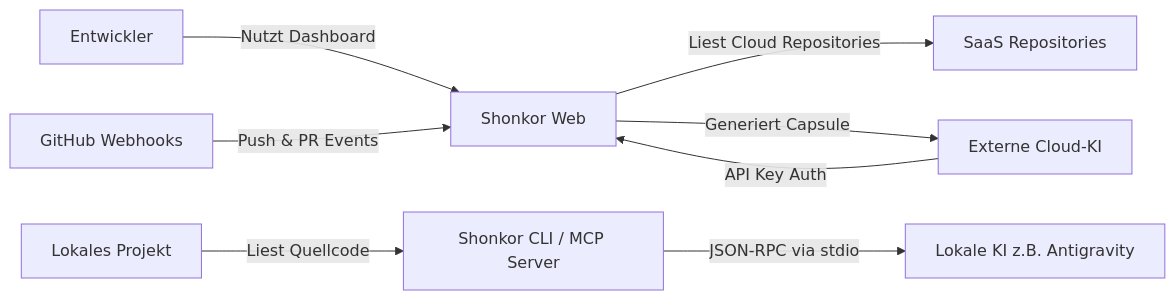
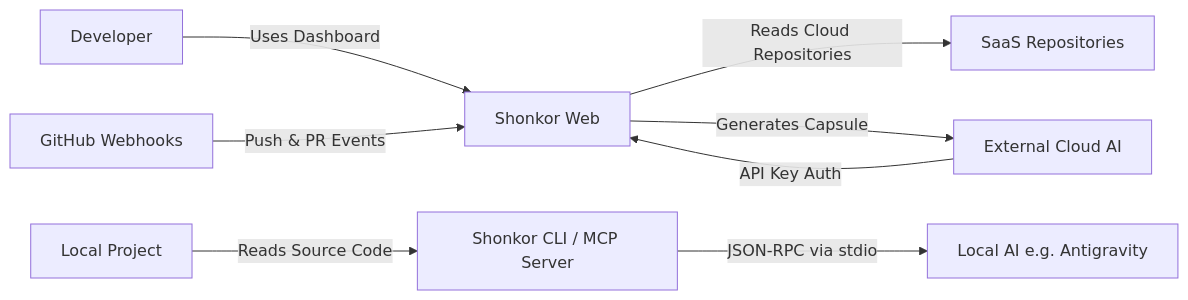
One commit to MrNedimBoztepe/Shonkor changed the diagram in docs/developer/arc42/03_system_scope_and_context.md. Above: the diagram before and after it, drawn with Mermaid. The commit also changed other lines of this file and 29 other files, not shown here.

````diff
--- a/docs/developer/arc42/03_system_scope_and_context.md
+++ b/docs/developer/arc42/03_system_scope_and_context.md
@@ -11,13 +11,13 @@
 ```mermaid
 graph LR
-    Dev[Entwickler] -->|Nutzt Dashboard| Web[Shonkor Web]
+    Dev[Developer] -->|Uses Dashboard| Web[Shonkor Web]
     
-    Workspace[Lokales Projekt] -->|Liest Quellcode| CLI[Shonkor CLI / MCP Server]
-    CLI -->|JSON-RPC via stdio| LLM_Lokal[Lokale KI z.B. Antigravity]
+    Workspace[Local Project] -->|Reads Source Code| CLI[Shonkor CLI / MCP Server]
+    CLI -->|JSON-RPC via stdio| LLM_Lokal[Local AI e.g. Antigravity]
     
     GitHub[GitHub Webhooks] -->|Push & PR Events| Web
-    Web -->|Liest Cloud Repositories| CloudWorkspace[SaaS Repositories]
+    Web -->|Reads Cloud Repositories| CloudWorkspace[SaaS Repositories]
     
-    LLM_Remote[Externe Cloud-KI] -->|API Key Auth| Web
-    Web -->|Generiert Capsule| LLM_Remote
+    LLM_Remote[External Cloud AI] -->|API Key Auth| Web
+    Web -->|Generates Capsule| LLM_Remote
 ```
````
